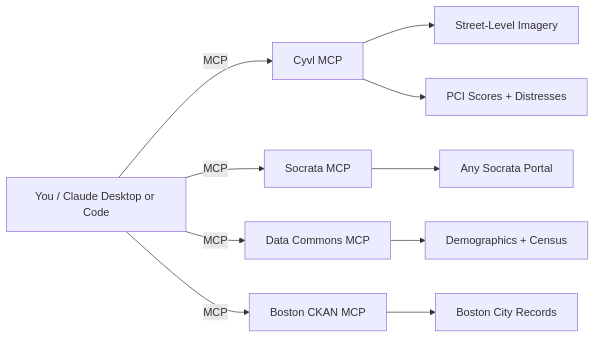
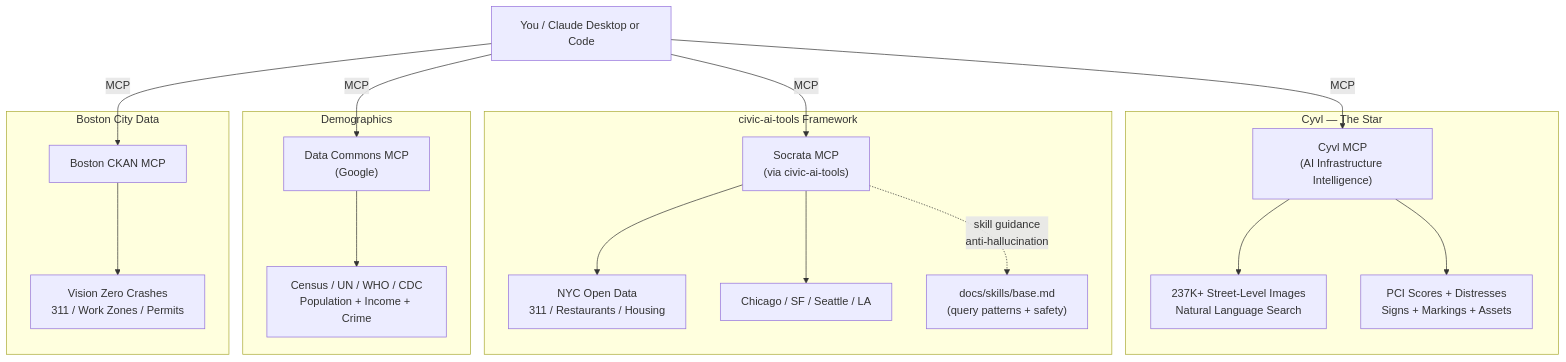
The diagram in README.md (roadgnar/mcp-demo), drawn with Mermaid before and after one commit. The commit also changed other lines of this file and 1 other file, not shown here.

Commit message:
Update architecture diagram and credits for civic-ai-tools
- Mermaid diagram: show civic-ai-tools framework with skill guidance
  flowing into Socrata MCP, subgraphs for each data domain
- Expanded Civic AI Tools section: credit Nick Storey + Scott Robbin,
  explain what the framework provides (anti-hallucination, datasets,
  50+ MCP registry, SoQL patterns, multi-IDE setup)
- Resources reorganized: Tools, Data Portals, Claude sections
- CLAUDE.md: explain that Socrata MCP delivers skill guidance via
  prompts/get endpoint automatically

````diff
--- a/README.md
+++ b/README.md
@@ -34,12 +34,28 @@
 ```mermaid
-graph LR
-    User[You / Claude Desktop or Code] -->|MCP| Cyvl[Cyvl MCP]
-    User -->|MCP| Socrata[Socrata MCP]
-    User -->|MCP| DC[Data Commons MCP]
-    User -->|MCP| Boston[Boston CKAN MCP]
-    Cyvl --> Images[Street-Level Imagery]
-    Cyvl --> Pavement[PCI Scores + Distresses]
-    Socrata --> OpenData[Any Socrata Portal]
-    DC --> Stats[Demographics + Census]
-    Boston --> BostonData[Boston City Records]
+graph TD
+    User[You / Claude Desktop or Code]
+
+    User -->|MCP| Cyvl["Cyvl MCP\n(AI Infrastructure Intelligence)"]
+    User -->|MCP| Socrata["Socrata MCP\n(via civic-ai-tools)"]
+    User -->|MCP| DC["Data Commons MCP\n(Google)"]
+    User -->|MCP| Boston["Boston CKAN MCP"]
+
+    subgraph "Cyvl — The Star"
+        Cyvl --> Images["237K+ Street-Level Images\nNatural Language Search"]
+        Cyvl --> Pavement["PCI Scores + Distresses\nSigns + Markings + Assets"]
+    end
+
+    subgraph "civic-ai-tools Framework"
+        Socrata --> NYC["NYC Open Data\n311 / Restaurants / Housing"]
+        Socrata --> Multi["Chicago / SF / Seattle / LA"]
+        Socrata -.->|"skill guidance\nanti-hallucination"| Skills["docs/skills/base.md\n(query patterns + safety)"]
+    end
+
+    subgraph "Demographics"
+        DC --> Census["Census / UN / WHO / CDC\nPopulation + Income + Crime"]
+    end
+
+    subgraph "Boston City Data"
+        Boston --> BostonData["Vision Zero Crashes\n311 / Work Zones / Permits"]
+    end
 ```
````
